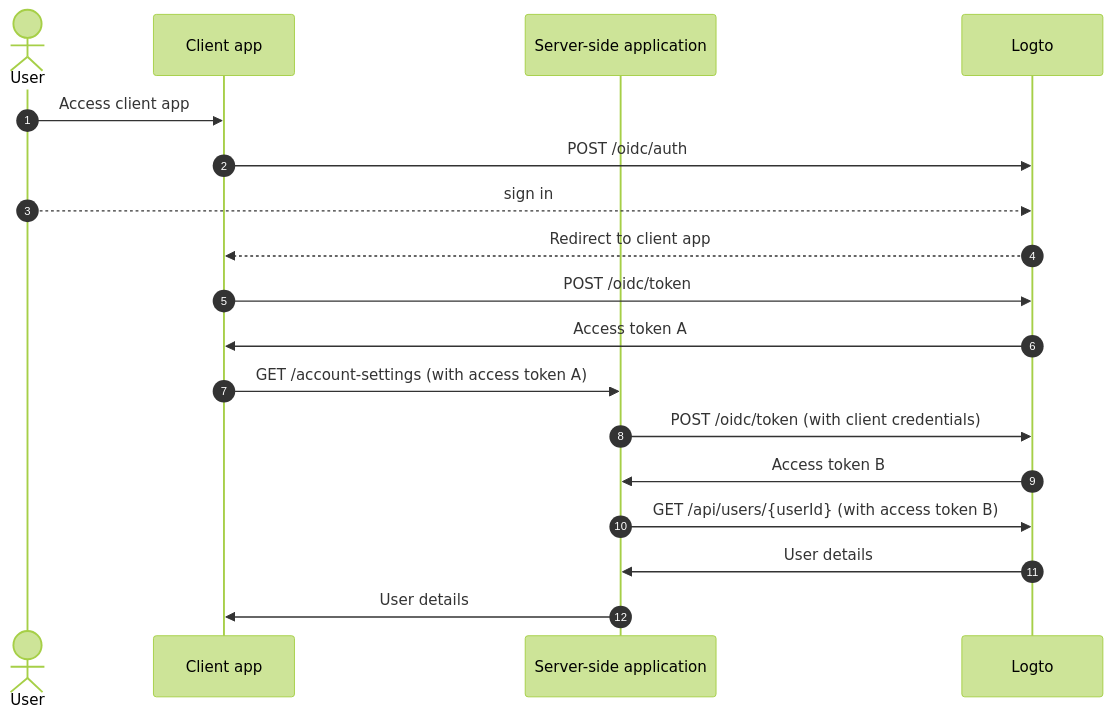
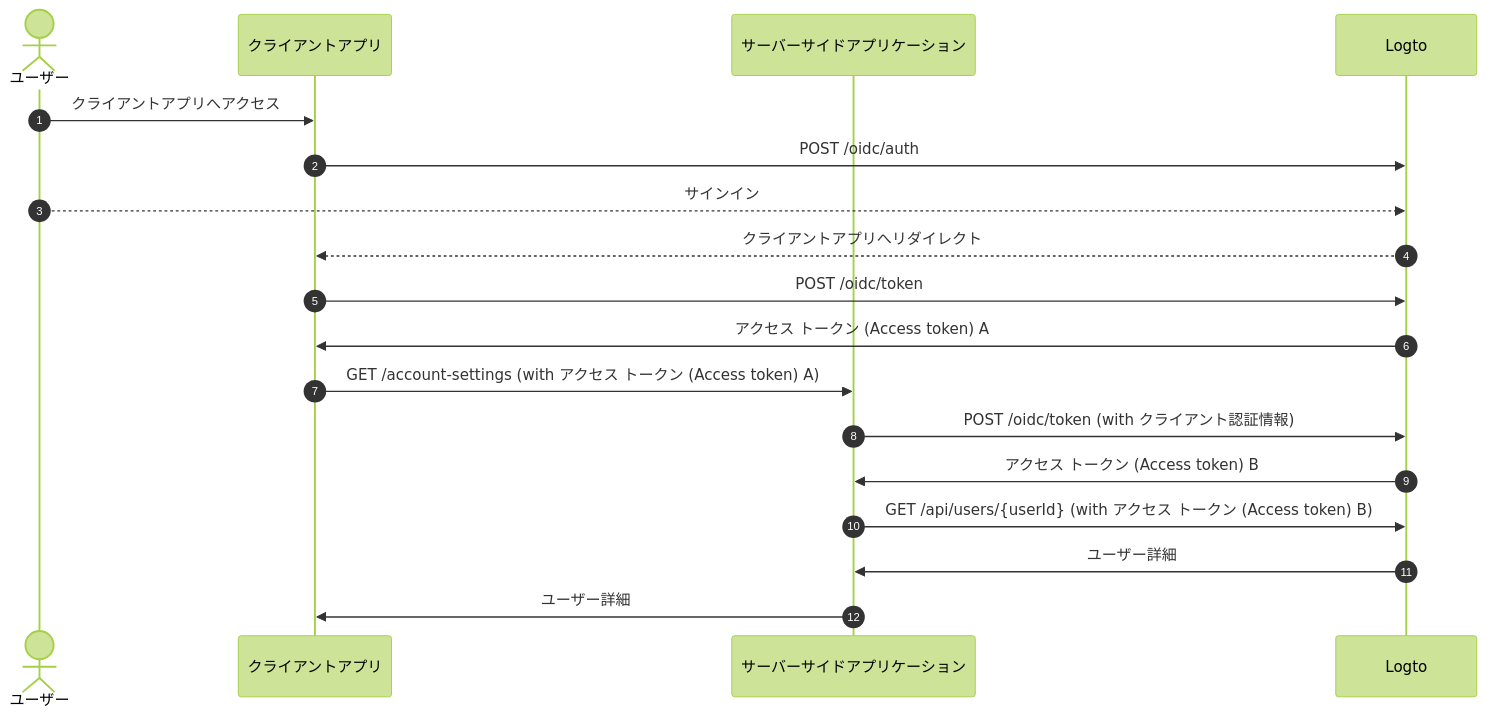
One commit to logto-io/docs changed the second of 3 diagrams in i18n/ja/docusaurus-plugin-content-docs/current/end-user-flows/account-settings/by-management-api.mdx. Above: the diagram before and after it, drawn with Mermaid (forest theme). The commit also changed other lines of this file and 162 other files, not shown here.

````diff
--- a/i18n/ja/docusaurus-plugin-content-docs/current/end-user-flows/account-settings/by-management-api.mdx
+++ b/i18n/ja/docusaurus-plugin-content-docs/current/end-user-flows/account-settings/by-management-api.mdx
@@ -27,21 +27,21 @@
 ```mermaid
   sequenceDiagram
     autonumber
-    actor User as User
-    participant Client as Client app
-    participant Server as Server-side application
+    actor User as ユーザー
+    participant Client as クライアントアプリ
+    participant Server as サーバーサイドアプリケーション
     participant Logto as Logto
 
-    User ->> Client: Access client app
+    User ->> Client: クライアントアプリへアクセス
     Client ->> Logto: POST /oidc/auth
-    User -->> Logto: sign in
-    Logto -->> Client: Redirect to client app
+    User -->> Logto: サインイン
+    Logto -->> Client: クライアントアプリへリダイレクト
     Client ->> Logto: POST /oidc/token
-    Logto ->> Client: Access token A
-    Client ->> Server: GET /account-settings (with access token A)
-    Server ->> Logto: POST /oidc/token (with client credentials)
-    Logto ->> Server: Access token B
-    Server ->> Logto: GET /api/users/{userId} (with access token B)
-    Logto ->> Server: User details
-    Server ->> Client: User details
+    Logto ->> Client: アクセス トークン (Access token) A
+    Client ->> Server: GET /account-settings (with アクセス トークン (Access token) A)
+    Server ->> Logto: POST /oidc/token (with クライアント認証情報)
+    Logto ->> Server: アクセス トークン (Access token) B
+    Server ->> Logto: GET /api/users/{userId} (with アクセス トークン (Access token) B)
+    Logto ->> Server: ユーザー詳細
+    Server ->> Client: ユーザー詳細
 ```
````
